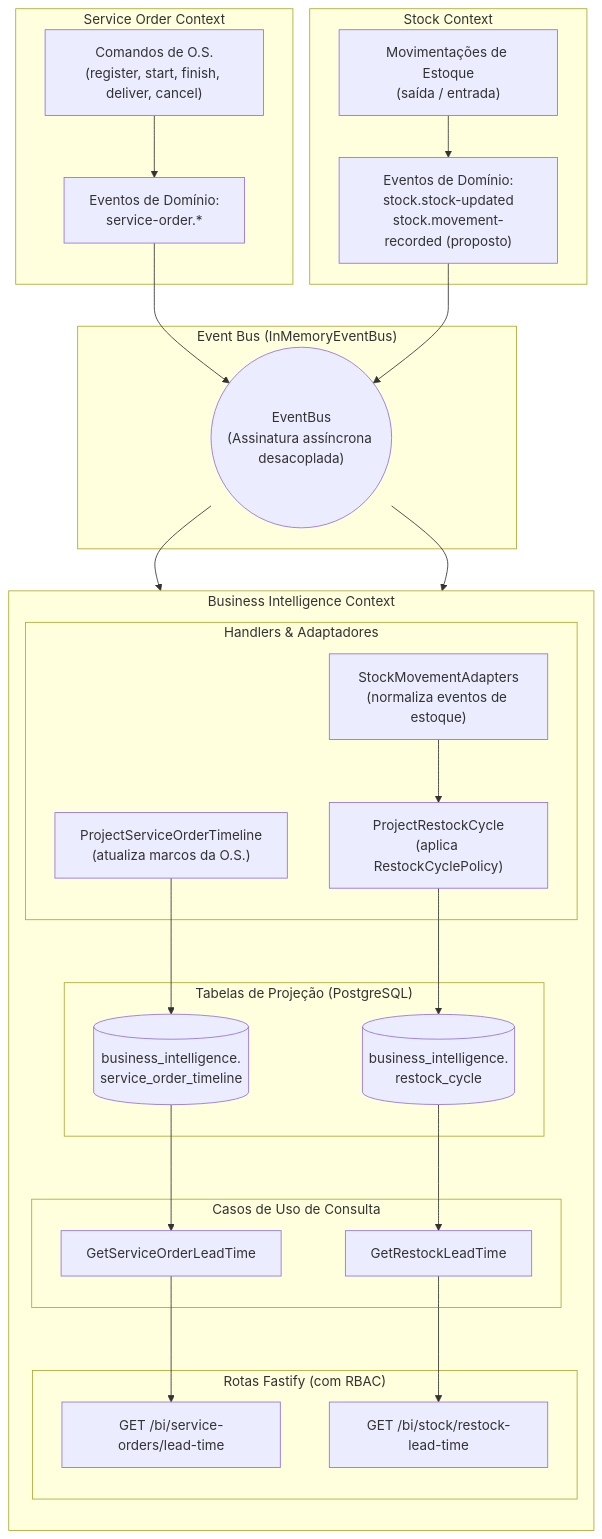
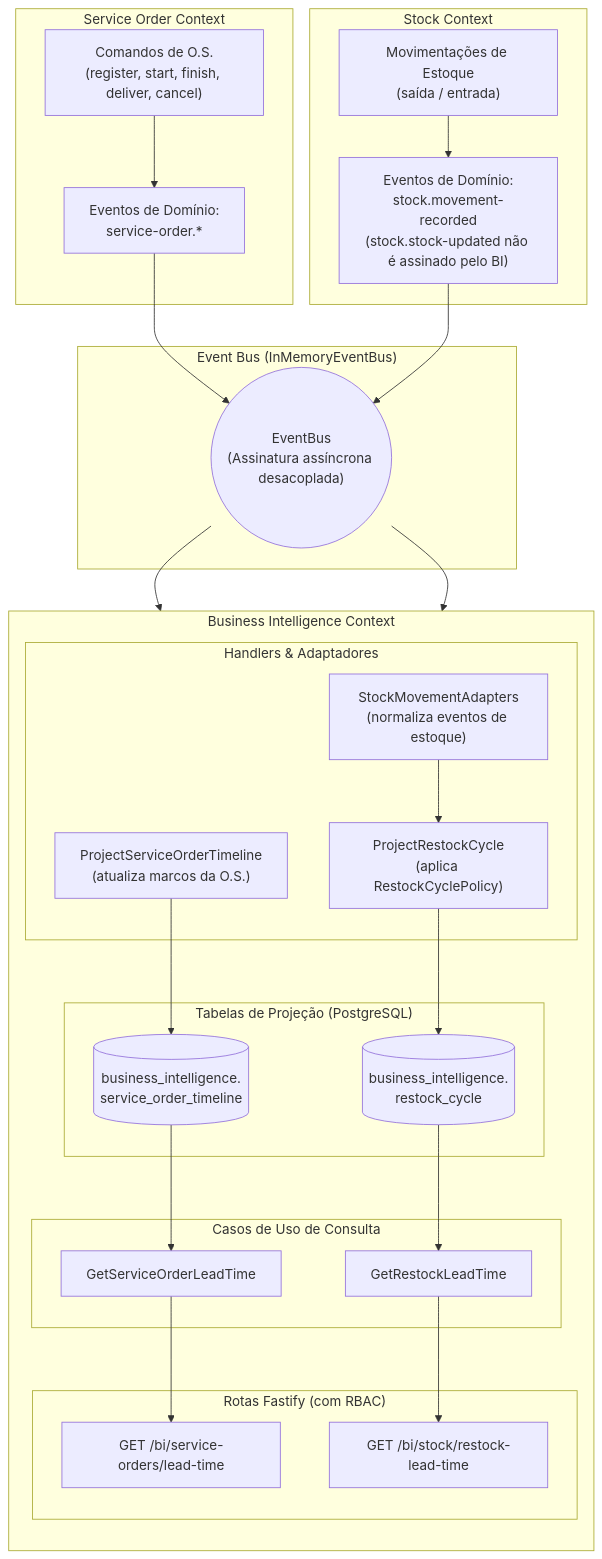
The first of 2 diagrams in docs/business-intelligence.md (15soat-fiap-45/api.mecanica), drawn with Mermaid before and after one commit. The commit also changed other lines of this file and 8 other files, not shown here.

First line of the commit message:
feat(stock): publish stock.movement-recorded and feed BI from it

````diff
--- a/docs/business-intelligence.md
+++ b/docs/business-intelligence.md
@@ -11,53 +11,53 @@
 ```mermaid
 flowchart TD
     subgraph ServiceOrderContext["Service Order Context"]
         SO_CMD["Comandos de O.S.\n(register, start, finish, deliver, cancel)"]
         SO_EVT["Eventos de Domínio:\nservice-order.*"]
         SO_CMD --> SO_EVT
     end
 
     subgraph StockContext["Stock Context"]
         ST_CMD["Movimentações de Estoque\n(saída / entrada)"]
-        ST_EVT["Eventos de Domínio:\nstock.stock-updated\nstock.movement-recorded (proposto)"]
+        ST_EVT["Eventos de Domínio:\nstock.movement-recorded\n(stock.stock-updated não é assinado pelo BI)"]
         ST_CMD --> ST_EVT
     end
 
     subgraph SharedBus["Event Bus (InMemoryEventBus)"]
         BUS(("EventBus\n(Assinatura assíncrona desacoplada)"))
     end
 
     subgraph BIContext["Business Intelligence Context"]
         direction TB
         subgraph AdaptersAndHandlers["Handlers & Adaptadores"]
             H_SO["ProjectServiceOrderTimeline\n(atualiza marcos da O.S.)"]
             AD_ST["StockMovementAdapters\n(normaliza eventos de estoque)"]
             H_ST["ProjectRestockCycle\n(aplica RestockCyclePolicy)"]
         end
 
         subgraph Projections["Tabelas de Projeção (PostgreSQL)"]
             T_SO[("business_intelligence.\nservice_order_timeline")]
             T_ST[("business_intelligence.\nrestock_cycle")]
         end
 
         subgraph UseCases["Casos de Uso de Consulta"]
             UC_SO["GetServiceOrderLeadTime"]
             UC_ST["GetRestockLeadTime"]
         end
 
         subgraph HTTPRoutes["Rotas Fastify (com RBAC)"]
             R_SO["GET /bi/service-orders/lead-time"]
             R_ST["GET /bi/stock/restock-lead-time"]
         end
     end
 
     SO_EVT --> BUS
     ST_EVT --> BUS
     BUS --> H_SO
     BUS --> AD_ST --> H_ST
 
     H_SO --> T_SO
     H_ST --> T_ST
 
     T_SO --> UC_SO --> R_SO
     T_ST --> UC_ST --> R_ST
 ```
````
